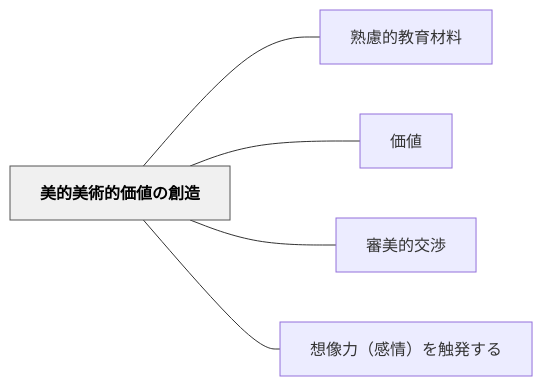
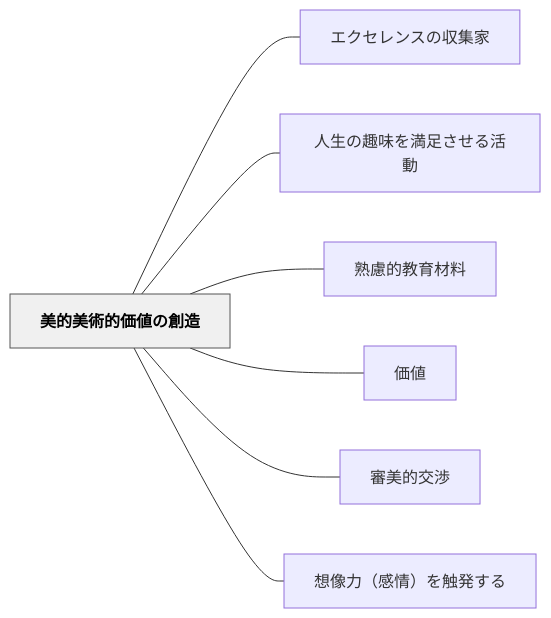
The diagram in content/パタン/美的美術的価値の創造.md (unknownthings-ed-patterns/unknownthings-ed-patterns), drawn with Mermaid before and after one commit. The commit also changed other lines of this file and 473 other files, not shown here.

````diff
--- a/content/パタン/美的美術的価値の創造.md
+++ b/content/パタン/美的美術的価値の創造.md
@@ -84,16 +86,20 @@
 ```mermaid
 flowchart LR
     ne7be8ee79a84["美的美術的価値の創造"]
+    ne382a8e382af["エクセレンスの収集家"]
+    ne4babae7949f["人生の趣味を満足させる活動"]
     ne7869fe685ae["熟慮的教育材料"]
     ne4bea1e580a4["価値"]
     ne5afa9e7be8e["審美的交渉"]
     ne683b3e5838f["想像力（感情）を触発する"]
 
+    ne7be8ee79a84 --- ne382a8e382af
+    ne7be8ee79a84 --- ne4babae7949f
     ne7be8ee79a84 --- ne7869fe685ae
     ne7be8ee79a84 --- ne4bea1e580a4
     ne7be8ee79a84 --- ne5afa9e7be8e
     ne7be8ee79a84 --- ne683b3e5838f
 
     classDef hub fill:#f0f0f0,stroke:#555,color:#000,font-weight:bold
     class ne7be8ee79a84 hub
 ```
````
